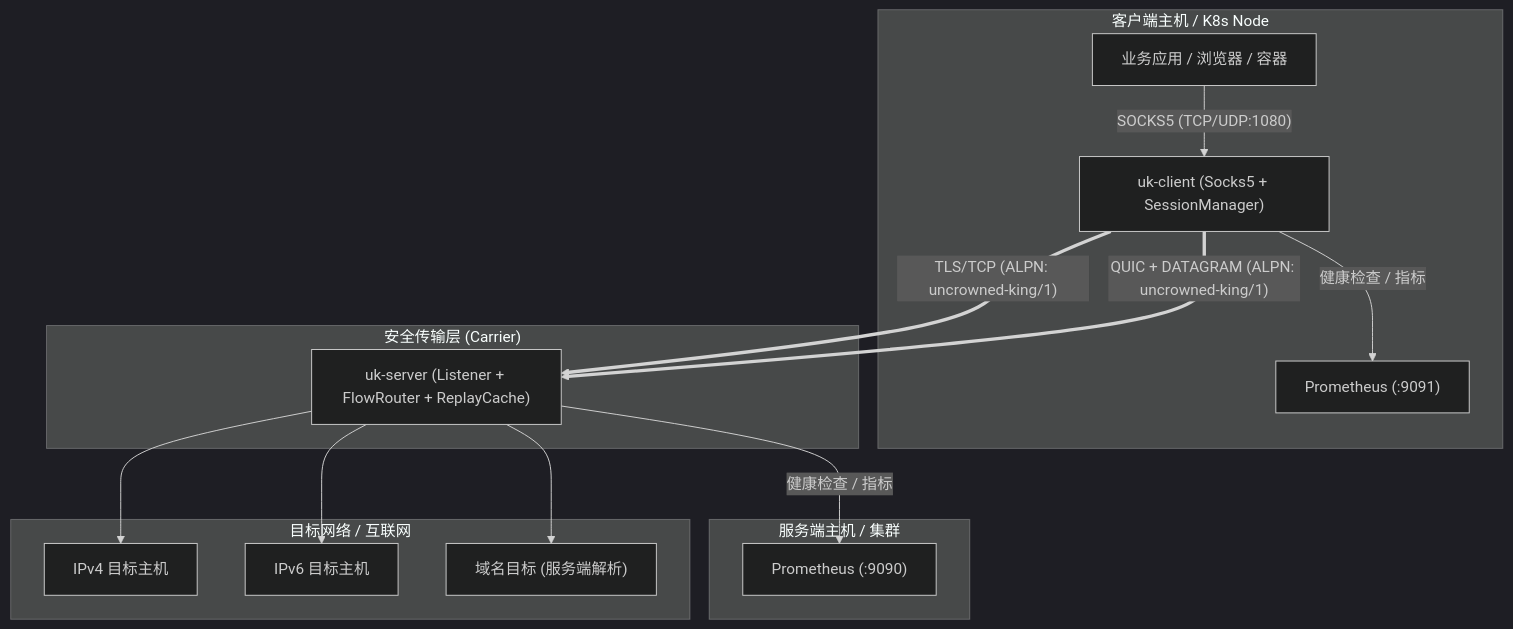
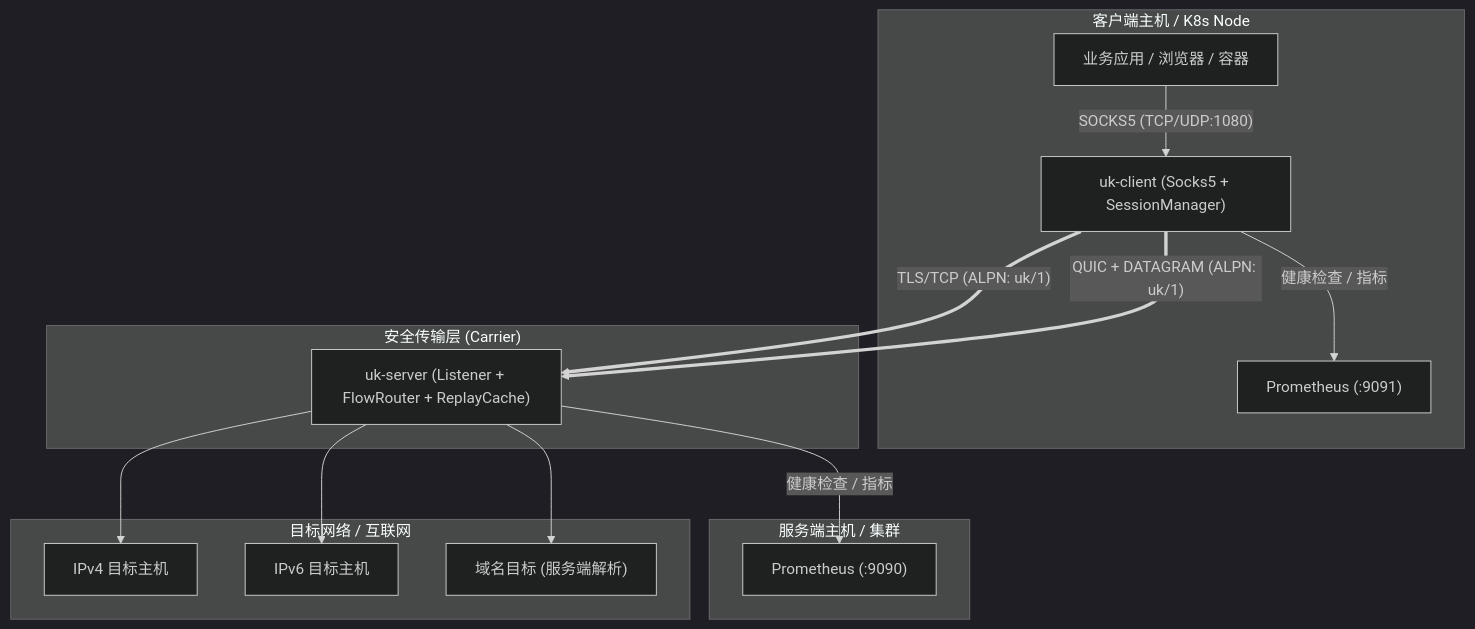
The first of 3 diagrams in docs/architecture.md (HappyLeslieAlexander/Uncrowned-King), drawn with Mermaid (dark theme) before and after one commit. The commit also changed other lines of this file and 54 other files, not shown here.

````diff
--- a/docs/architecture.md
+++ b/docs/architecture.md
@@ -11,23 +11,23 @@
 ```mermaid
 graph TB
     subgraph ClientHost ["客户端主机 / K8s Node"]
         Apps["业务应用 / 浏览器 / 容器"] -- "SOCKS5 (TCP/UDP:1080)" --> UKClient["uk-client (Socks5 + SessionManager)"]
         UKClient -- "健康检查 / 指标" --> ClientProm["Prometheus (:9091)"]
     end
 
     subgraph Transit ["安全传输层 (Carrier)"]
-        UKClient == "TLS/TCP (ALPN: uncrowned-king/1)" ==> UKServer
-        UKClient == "QUIC + DATAGRAM (ALPN: uncrowned-king/1)" ==> UKServer
+        UKClient == "TLS/TCP (ALPN: uk/1)" ==> UKServer
+        UKClient == "QUIC + DATAGRAM (ALPN: uk/1)" ==> UKServer
     end
 
     subgraph ServerHost ["服务端主机 / 集群"]
         UKServer["uk-server (Listener + FlowRouter + ReplayCache)"]
         UKServer -- "健康检查 / 指标" --> ServerProm["Prometheus (:9090)"]
     end
 
     subgraph TargetNetwork ["目标网络 / 互联网"]
         UKServer --> IPv4["IPv4 目标主机"]
         UKServer --> IPv6["IPv6 目标主机"]
         UKServer --> Domain["域名目标 (服务端解析)"]
     end
 ```
````
